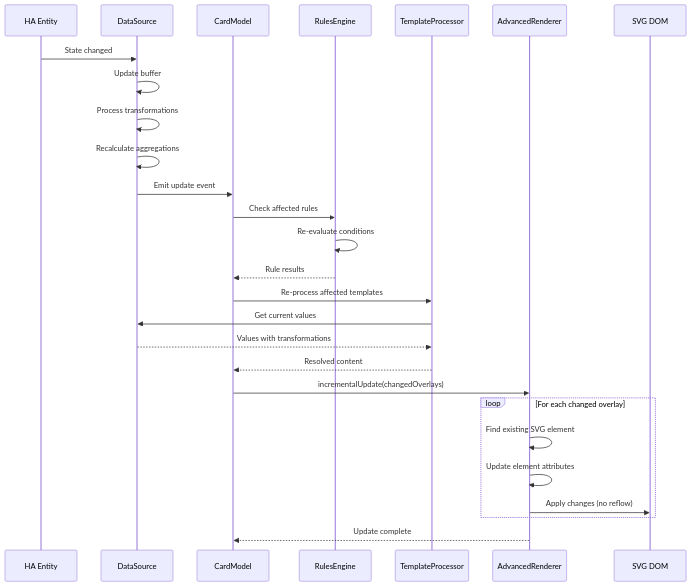
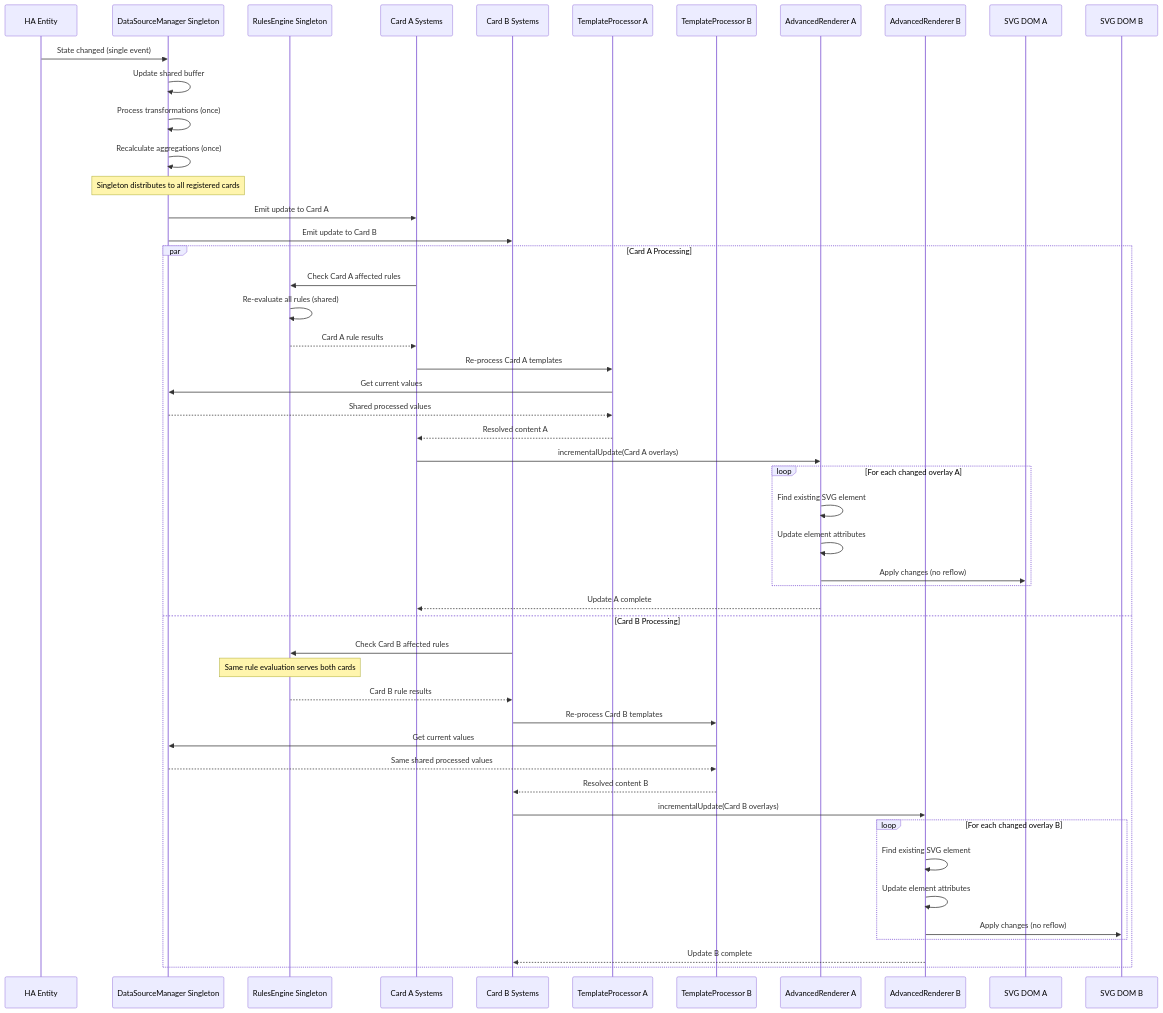
The tenth of 14 diagrams in doc/architecture/MSD flow.md (solhuebner/lcards), drawn with Mermaid before and after one commit. The commit also changed other lines of this file and 15 other files, not shown here.

First line of the commit message:
feat: Refactor architecture to support singleton systems across LCARdS components

````diff
--- a/doc/architecture/MSD flow.md
+++ b/doc/architecture/MSD flow.md
@@ -538,35 +644,64 @@
 ```mermaid
 sequenceDiagram
     participant Entity as HA Entity
-    participant DS as DataSource
-    participant Model as CardModel
-    participant Rules as RulesEngine
-    participant Template as TemplateProcessor
-    participant Renderer as AdvancedRenderer
-    participant DOM as SVG DOM
+    participant DSM as DataSourceManager Singleton
+    participant RE as RulesEngine Singleton
+    participant CardA as Card A Systems
+    participant CardB as Card B Systems
+    participant TemplateA as TemplateProcessor A
+    participant TemplateB as TemplateProcessor B
+    participant RendererA as AdvancedRenderer A
+    participant RendererB as AdvancedRenderer B
+    participant DOMA as SVG DOM A
+    participant DOMB as SVG DOM B
 
-    Entity->>DS: State changed
-    DS->>DS: Update buffer
-    DS->>DS: Process transformations
-    DS->>DS: Recalculate aggregations
-    DS->>Model: Emit update event
+    Entity->>DSM: State changed (single event)
+    DSM->>DSM: Update shared buffer
+    DSM->>DSM: Process transformations (once)
+    DSM->>DSM: Recalculate aggregations (once)
 
-    Model->>Rules: Check affected rules
-    Rules->>Rules: Re-evaluate conditions
-    Rules-->>Model: Rule results
+    Note over DSM: Singleton distributes to all registered cards
+    DSM->>CardA: Emit update to Card A
+    DSM->>CardB: Emit update to Card B
 
-    Model->>Template: Re-process affected templates
-    Template->>DS: Get current values
-    DS-->>Template: Values with transformations
-    Template-->>Model: Resolved content
+    par Card A Processing
+        CardA->>RE: Check Card A affected rules
+        RE->>RE: Re-evaluate all rules (shared)
+        RE-->>CardA: Card A rule results
 
-    Model->>Renderer: incrementalUpdate(changedOverlays)
+        CardA->>TemplateA: Re-process Card A templates
+        TemplateA->>DSM: Get current values
+        DSM-->>TemplateA: Shared processed values
+        TemplateA-->>CardA: Resolved content A
 
-    loop For each changed overlay
-        Renderer->>Renderer: Find existing SVG element
-        Renderer->>Renderer: Update element attributes
-        Renderer->>DOM: Apply changes (no reflow)
+        CardA->>RendererA: incrementalUpdate(Card A overlays)
+
+        loop For each changed overlay A
+            RendererA->>RendererA: Find existing SVG element
+            RendererA->>RendererA: Update element attributes
+            RendererA->>DOMA: Apply changes (no reflow)
+        end
+
+        RendererA-->>CardA: Update A complete
+
+    and Card B Processing
+        CardB->>RE: Check Card B affected rules
+        Note over RE: Same rule evaluation serves both cards
+        RE-->>CardB: Card B rule results
+
+        CardB->>TemplateB: Re-process Card B templates
+        TemplateB->>DSM: Get current values
+        DSM-->>TemplateB: Same shared processed values
+        TemplateB-->>CardB: Resolved content B
+
+        CardB->>RendererB: incrementalUpdate(Card B overlays)
+
+        loop For each changed overlay B
+            RendererB->>RendererB: Find existing SVG element
+            RendererB->>RendererB: Update element attributes
+            RendererB->>DOMB: Apply changes (no reflow)
+        end
+
+        RendererB-->>CardB: Update B complete
     end
-
-    Renderer-->>Model: Update complete
 ```
````
